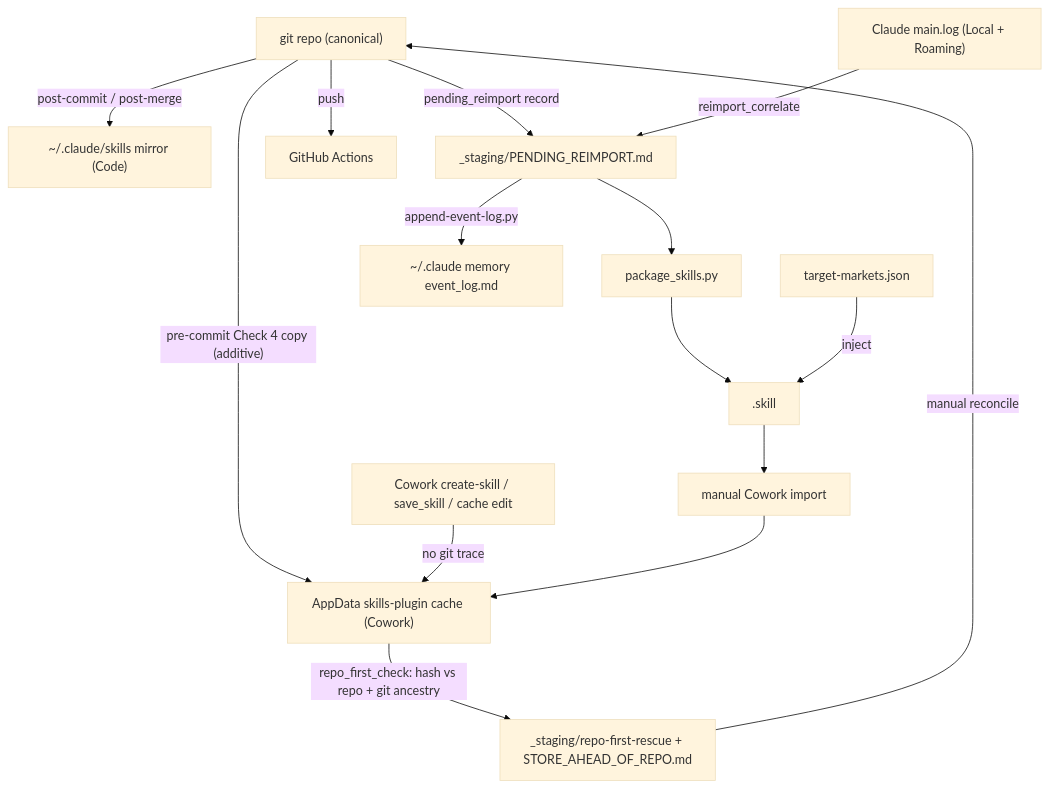
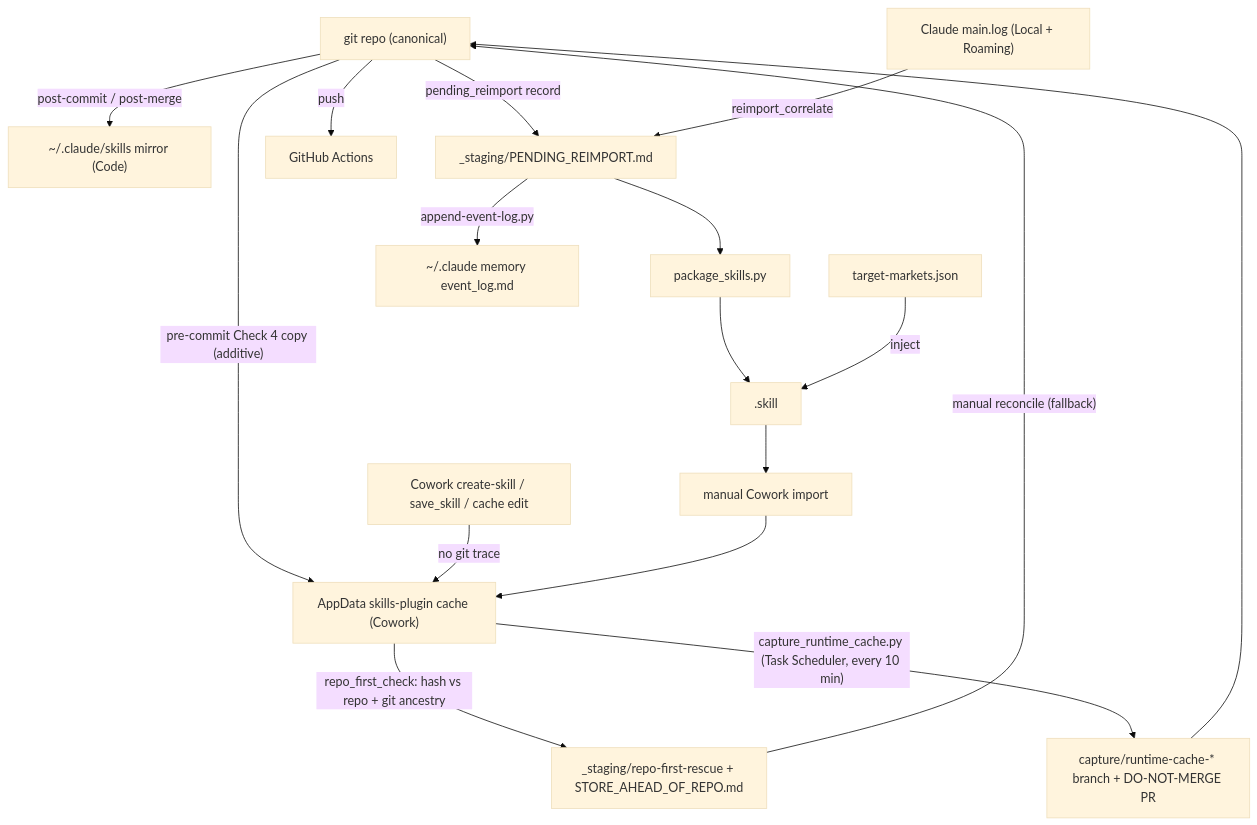
The fourth of 4 diagrams in README.md (ZeOoba/ora-skills), drawn with Mermaid (base theme) before and after one commit. The commit also changed other lines of this file, not shown here.

First line of the commit message:
docs(diagrams): refresh diagrams and counts against current code (2026-10-28)

````diff
--- a/README.md
+++ b/README.md
@@ -266,14 +267,16 @@
 ```mermaid
 flowchart TD
     Repo["git repo (canonical)"] -->|"pre-commit Check 4 copy (additive)"| AppData["AppData skills-plugin cache (Cowork)"]
     Repo -->|"post-commit / post-merge"| Local["~/.claude/skills mirror (Code)"]
     CoworkEdit["Cowork create-skill / save_skill / cache edit"] -->|"no git trace"| AppData
     AppData -->|"repo_first_check: hash vs repo + git ancestry"| Rescue["_staging/repo-first-rescue + STORE_AHEAD_OF_REPO.md"]
-    Rescue -->|"manual reconcile"| Repo
+    AppData -->|"capture_runtime_cache.py (Task Scheduler, every 10 min)"| CapPR["capture/runtime-cache-* branch + DO-NOT-MERGE PR"]
+    CapPR --> Repo
+    Rescue -->|"manual reconcile (fallback)"| Repo
     Repo -->|"pending_reimport record"| Pend["_staging/PENDING_REIMPORT.md"]
     Pend --> Pkg["package_skills.py"] --> Zip[".skill"] --> Import["manual Cowork import"] --> AppData
     Logs["Claude main.log (Local + Roaming)"] -->|"reimport_correlate"| Pend
     Pend -->|"append-event-log.py"| EL["~/.claude memory event_log.md"]
     TM["target-markets.json"] -->|"inject"| Zip
     Repo -->|"push"| CI["GitHub Actions"]
 ```
````
